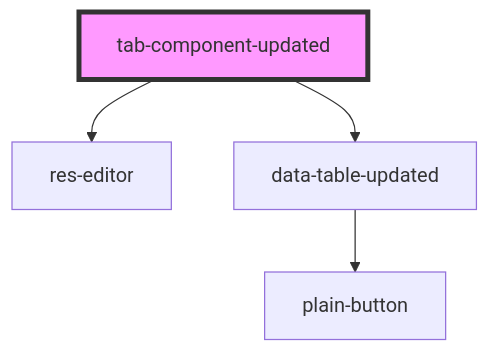
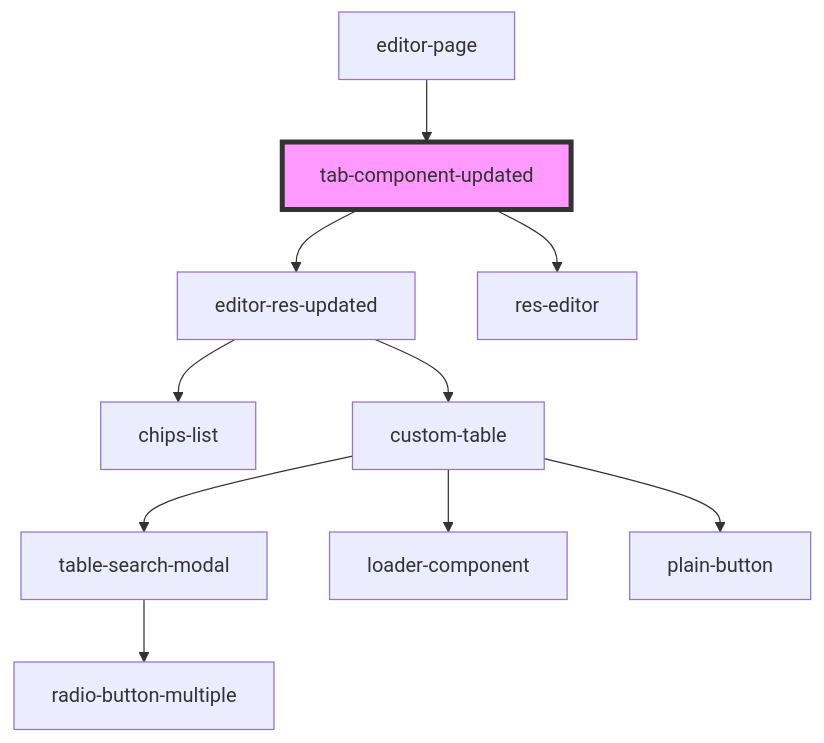
The diagram in src/components/tab-component-updated/readme.md (techvariable/NeptuneConnectComponents), drawn with Mermaid before and after one commit. The commit also changed other lines of this file and 8 other files, not shown here.

Commit message:
added json and table view handler component

````diff
--- a/src/components/tab-component-updated/readme.md
+++ b/src/components/tab-component-updated/readme.md
@@ -24,7 +20,13 @@
 ```mermaid
 graph TD;
+  tab-component-updated --> editor-res-updated
   tab-component-updated --> res-editor
-  tab-component-updated --> data-table-updated
-  data-table-updated --> plain-button
+  editor-res-updated --> chips-list
+  editor-res-updated --> custom-table
+  custom-table --> table-search-modal
+  custom-table --> loader-component
+  custom-table --> plain-button
+  table-search-modal --> radio-button-multiple
+  editor-page --> tab-component-updated
   style tab-component-updated fill:#f9f,stroke:#333,stroke-width:4px
 ```
````
